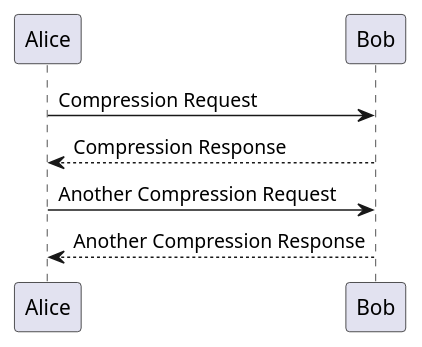
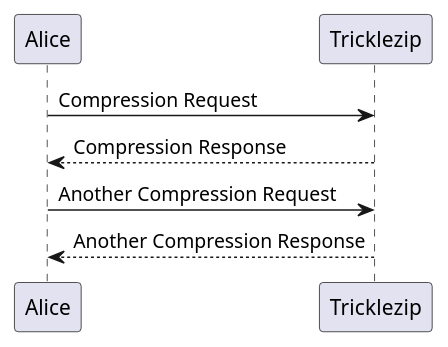
Before and after one commit to andilar/trickle_zip: the diagram in architecture.puml, drawn with PlantUML.

Commit message:
changed names

```diff
--- a/architecture.puml
+++ b/architecture.puml
@@ -1,7 +1,7 @@
 @startuml
-Alice -> Bob: Compression Request
-Bob --> Alice: Compression Response
+Alice -> Tricklezip: Compression Request
+Tricklezip --> Alice: Compression Response
 
-Alice -> Bob: Another Compression Request
-Alice <-- Bob: Another Compression Response
+Alice -> Tricklezip: Another Compression Request
+Alice <-- Tricklezip: Another Compression Response
 @enduml
```
